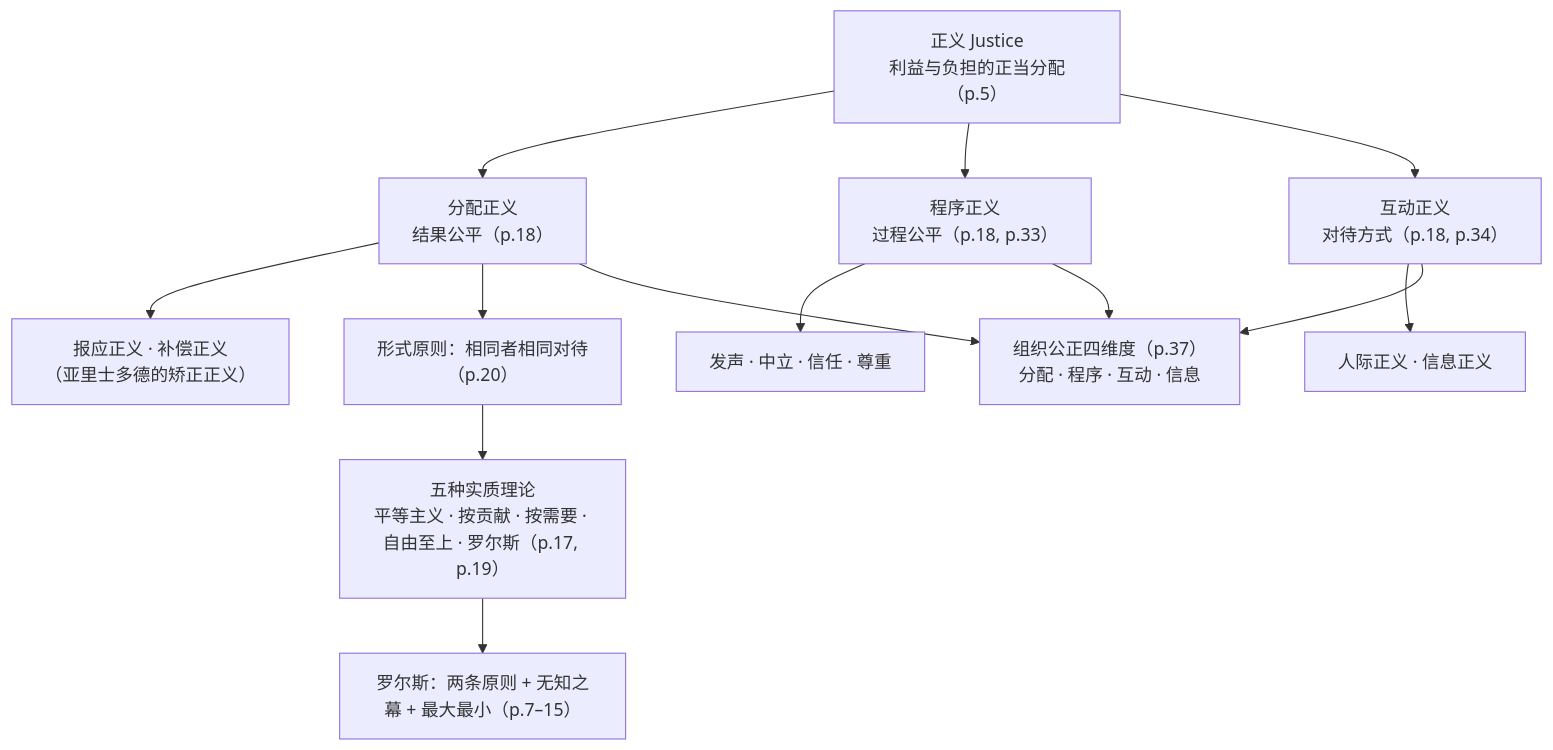
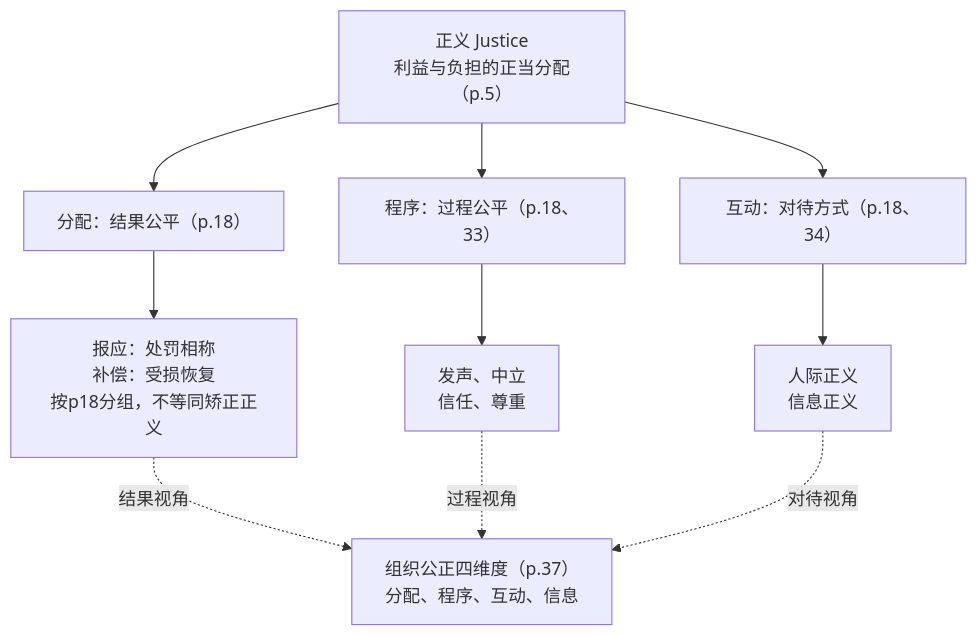
Before and after one commit to CercaTrovato/cityu-ai-course-notes: the fifth of 8 diagrams in IS5113_AI_Ethics_and_Regulations/notes/M03-偏见与公平.md, drawn with Mermaid. The commit also changed other lines of this file and 82 other files, not shown here.

````diff
--- a/IS5113_AI_Ethics_and_Regulations/notes/M03-偏见与公平.md
+++ b/IS5113_AI_Ethics_and_Regulations/notes/M03-偏见与公平.md
@@ -4599,16 +4740,12 @@
 ```mermaid
 flowchart TD
-    J["正义 Justice<br/>利益与负担的正当分配（p.5）"]
-    J --> D["分配正义<br/>结果公平（p.18）"]
-    J --> P["程序正义<br/>过程公平（p.18, p.33）"]
-    J --> I["互动正义<br/>对待方式（p.18, p.34）"]
-    D --> D1["报应正义 · 补偿正义<br/>（亚里士多德的矫正正义）"]
-    D --> D2["形式原则：相同者相同对待<br/>（p.20）"]
-    D2 --> D3["五种实质理论<br/>平等主义 · 按贡献 · 按需要 · 自由至上 · 罗尔斯（p.17, p.19）"]
-    D3 --> R["罗尔斯：两条原则 + 无知之幕 + 最大最小（p.7–15）"]
-    P --> P1["发声 · 中立 · 信任 · 尊重"]
-    I --> I1["人际正义 · 信息正义"]
-    D --> O["组织公正四维度（p.37）<br/>分配 · 程序 · 互动 · 信息"]
-    P --> O
-    I --> O
+ J["正义 Justice<br/>利益与负担的正当分配（p.5）"] --> D["分配：结果公平（p.18）"]
+ J --> P["程序：过程公平（p.18、33）"]
+ J --> I["互动：对待方式（p.18、34）"]
+ D --> D1["报应：处罚相称<br/>补偿：受损恢复<br/>按p18分组，不等同矫正正义"]
+ P --> P1["发声、中立<br/>信任、尊重"]
+ I --> I1["人际正义<br/>信息正义"]
+ D1 -.->|结果视角| O["组织公正四维度（p.37）<br/>分配、程序、互动、信息"]
+ P1 -.->|过程视角| O
+ I1 -.->|对待视角| O
 ```
````
